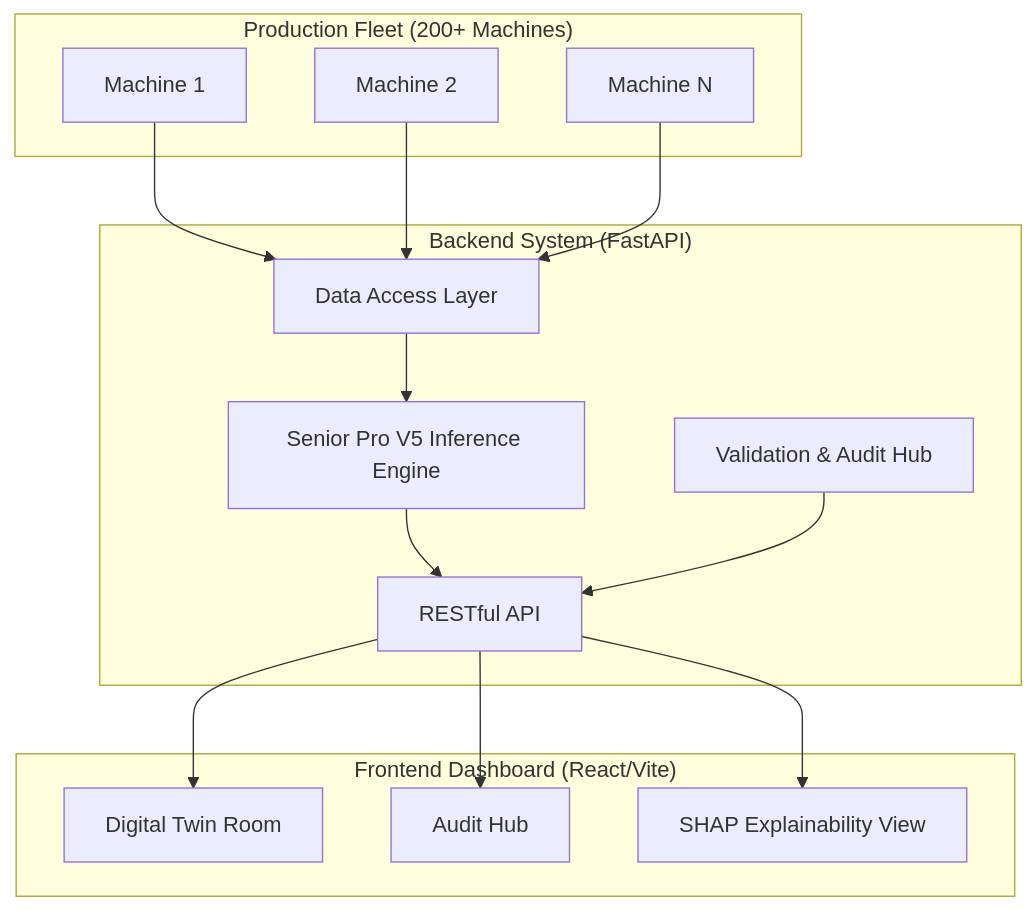
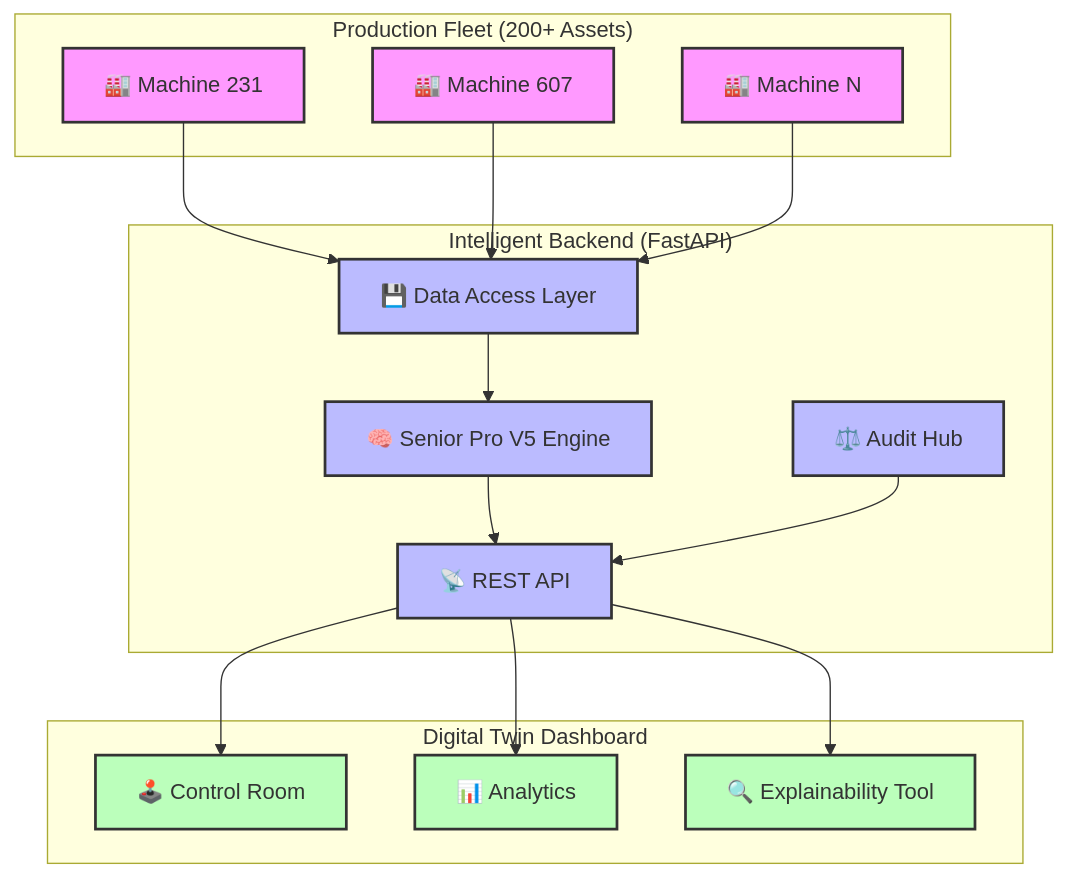
The diagram in README.md (Vishh70/te-connectivity-3), drawn with Mermaid before and after one commit. The commit also changed other lines of this file, not shown here.

````diff
--- a/README.md
+++ b/README.md
@@ -14,29 +17,33 @@
 ```mermaid
 graph TD
-    subgraph "Production Fleet (200+ Machines)"
-        M1[Machine 1]
-        M2[Machine 2]
-        Mn[Machine N]
+    classDef machine fill:#f9f,stroke:#333,stroke-width:2px;
+    classDef backend fill:#bbf,stroke:#333,stroke-width:2px;
+    classDef frontend fill:#bfb,stroke:#333,stroke-width:2px;
+
+    subgraph "Production Fleet (200+ Assets)"
+        M1["🏭 Machine 231"]:::machine
+        M2["🏭 Machine 607"]:::machine
+        Mn["🏭 Machine N"]:::machine
     end
 
-    subgraph "Backend System (FastAPI)"
-        DA[Data Access Layer]
-        INF[Senior Pro V5 Inference Engine]
-        VAL[Validation & Audit Hub]
-        API[RESTful API]
+    subgraph "Intelligent Backend (FastAPI)"
+        DA["💾 Data Access Layer"]:::backend
+        INF["🧠 Senior Pro V5 Engine"]:::backend
+        VAL["⚖️ Audit Hub"]:::backend
+        API["📡 REST API"]:::backend
     end
 
-    subgraph "Frontend Dashboard (React/Vite)"
-        DR[Digital Twin Room]
-        AH[Audit Hub]
-        XAI[SHAP Explainability View]
+    subgraph "Digital Twin Dashboard"
+        DR["🕹️ Control Room"]:::frontend
+        AH["📊 Analytics"]:::frontend
+        XAI["🔍 Explainability Tool"]:::frontend
     end
 
     M1 & M2 & Mn --> DA
     DA --> INF
     INF --> API
     VAL --> API
     API --> DR
     API --> AH
     API --> XAI
 ```
````
